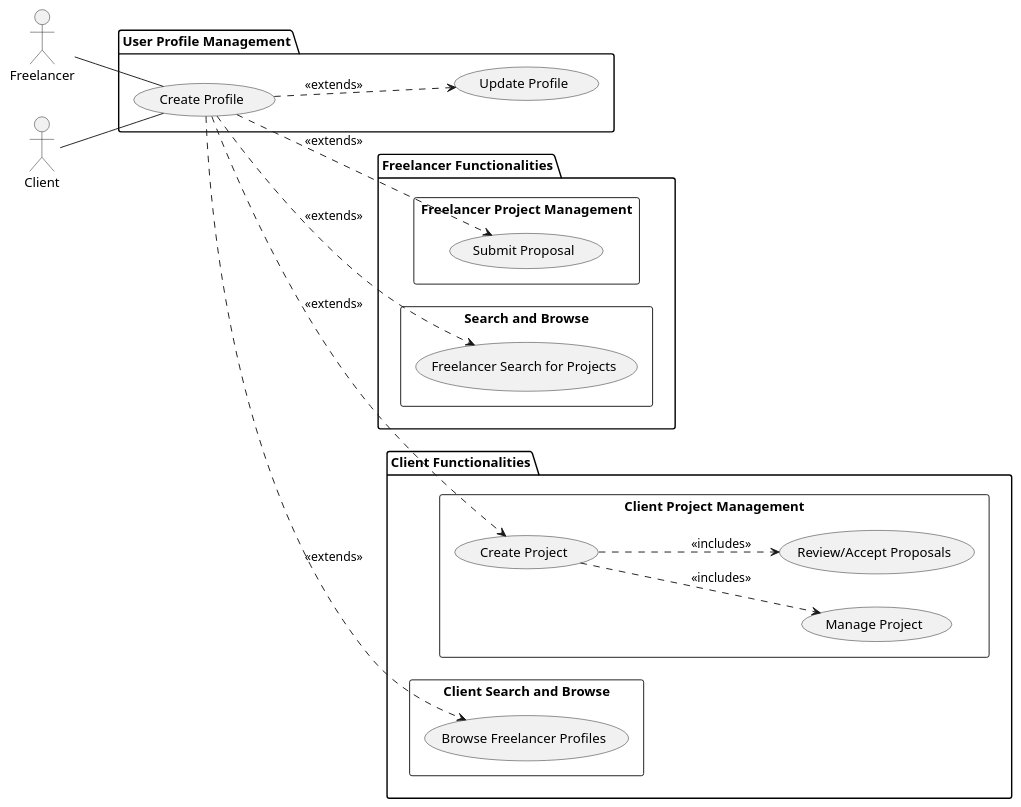
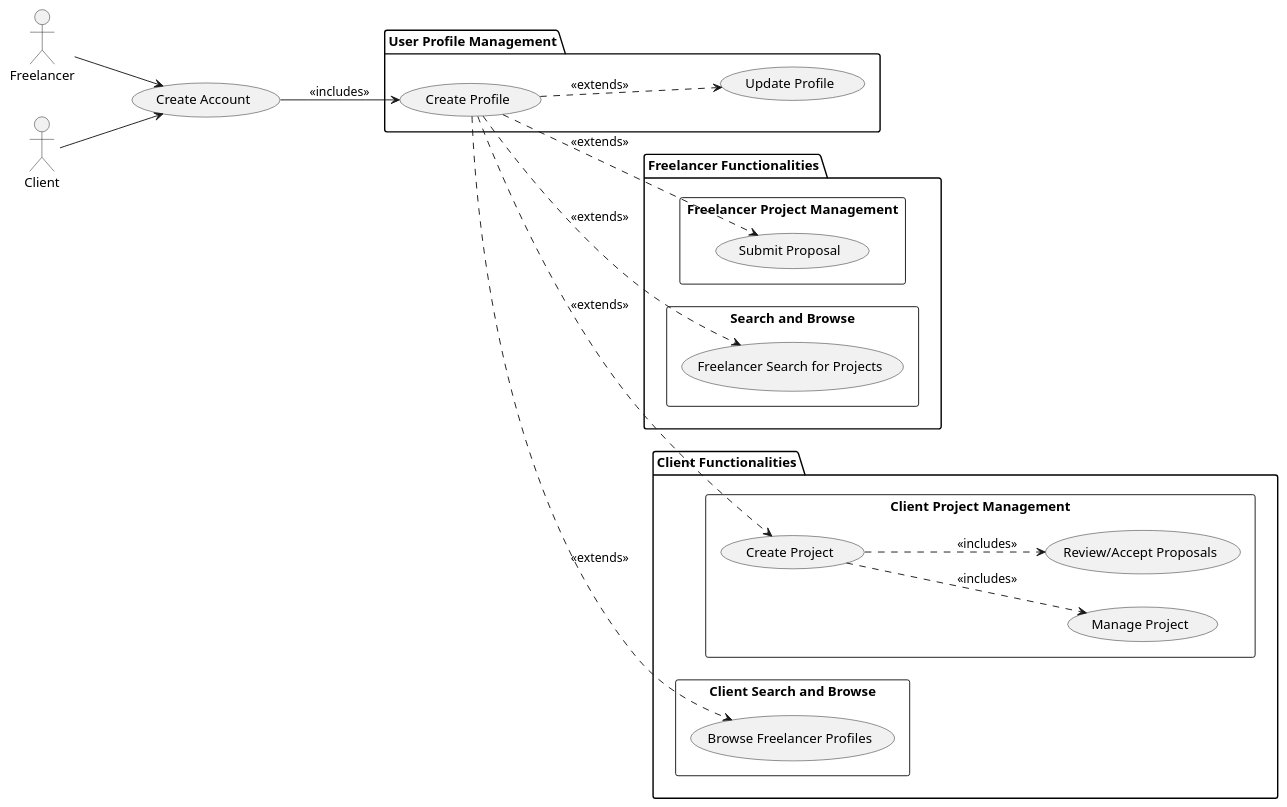
One commit to lucasneiva/armoredcode changed the diagram in docs/useCaseDiagram.puml. Above: the diagram before and after it, drawn with PlantUML.

```diff
--- a/docs/useCaseDiagram.puml
+++ b/docs/useCaseDiagram.puml
@@ -1,42 +1,46 @@
 @startuml usecase diagram
 left to right direction
 
 actor Freelancer
 actor Client
+
+usecase "Create Account" as UC0
 
 package "User Profile Management" {
   usecase "Create Profile" as UC1
   usecase "Update Profile" as UC3 
 }
 
 package "Freelancer Functionalities" {
   rectangle "Freelancer Project Management" {
     usecase "Submit Proposal" as UC6 
   }
   rectangle "Search and Browse" {
     usecase "Freelancer Search for Projects" as UC5
   }
 }
 
 package "Client Functionalities" {
   rectangle "Client Project Management" {
     usecase "Create Project" as UC7
     usecase "Manage Project" as UC8
     usecase "Review/Accept Proposals" as UC9
   }
   rectangle "Client Search and Browse" {
     usecase "Browse Freelancer Profiles" as UC25
   } 
 }
 
-Freelancer -- UC1
-Client -- UC1
+Freelancer --> UC0
+Client --> UC0
 
+UC0 --> UC1 : <<includes>>
 UC1 ..> UC3 : <<extends>>
 UC1 ..> UC5 : <<extends>>
 UC1 ..> UC6 : <<extends>> 
 UC7 ..> UC8 : <<includes>> 
 UC1 ..> UC25 : <<extends>> 
 UC1 ..> UC7 : <<extends>> 
 UC7 ..> UC9 : <<includes>>
+
 @enduml
```
